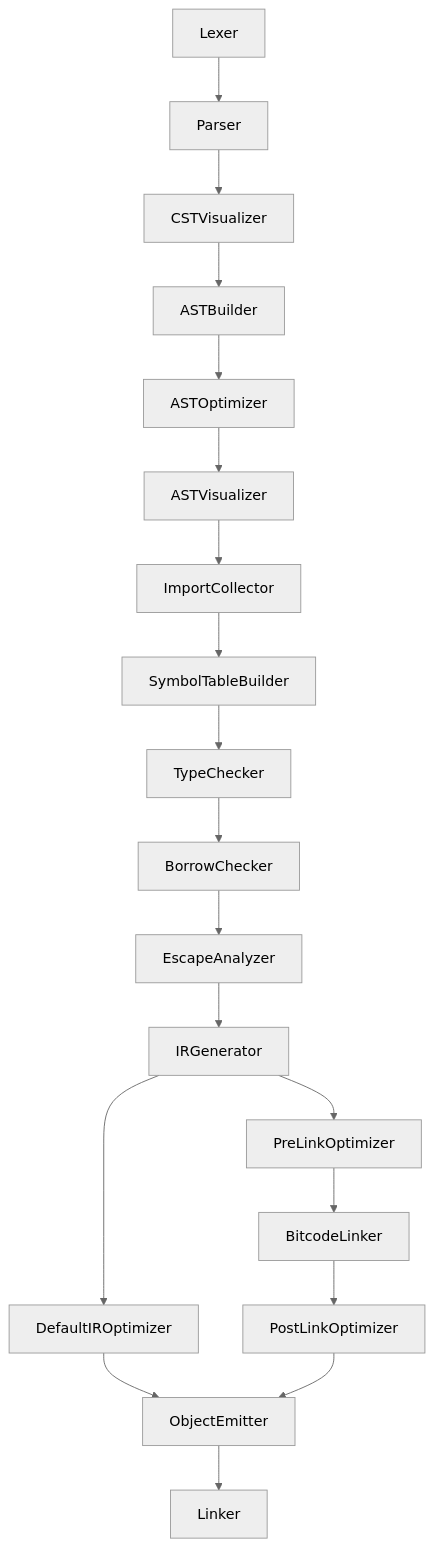
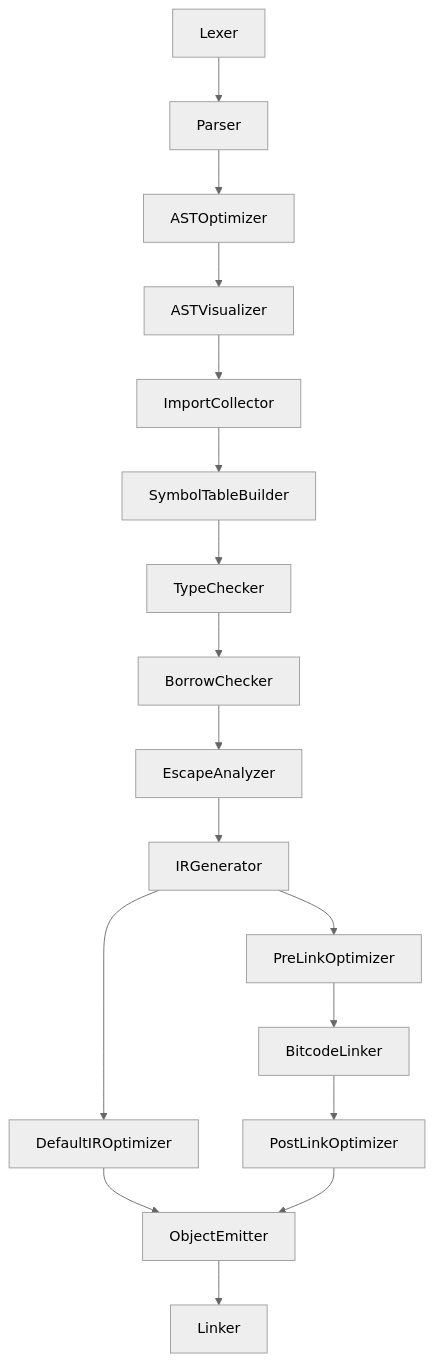
Before and after one commit to spicelang/spice: the diagram in media/specs/compile-stages.md, drawn with Mermaid (neutral theme). The commit also changed other lines of this file and 19 other files, not shown here.

````diff
--- a/media/specs/compile-stages.md
+++ b/media/specs/compile-stages.md
@@ -8,24 +8,22 @@
 ```mermaid
 graph TD;
     Lexer-->
     Parser-->
-    CSTVisualizer-->
-    ASTBuilder-->
     ASTOptimizer-->
     ASTVisualizer-->
     ImportCollector-->
     SymbolTableBuilder-->
     TypeChecker-->
     BorrowChecker-->
     EscapeAnalyzer-->
     IRGenerator-->
     DefaultIROptimizer-->
     ObjectEmitter-->
     Linker;
     
     IRGenerator-->
     PreLinkOptimizer-->
     BitcodeLinker-->
     PostLinkOptimizer-->
     ObjectEmitter;
 ```
````
